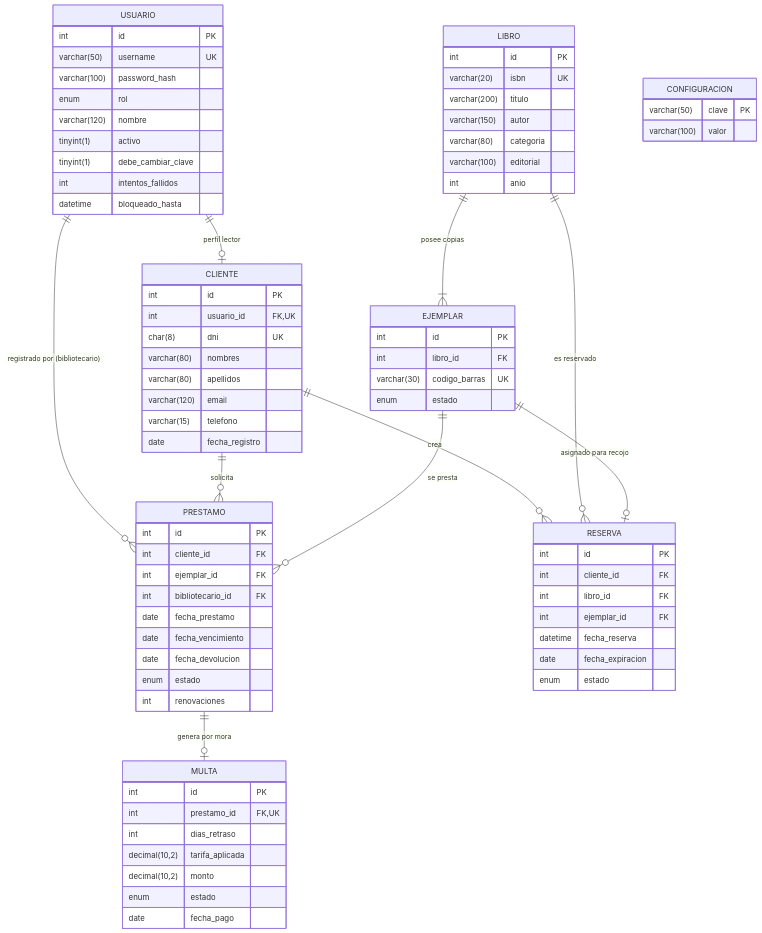
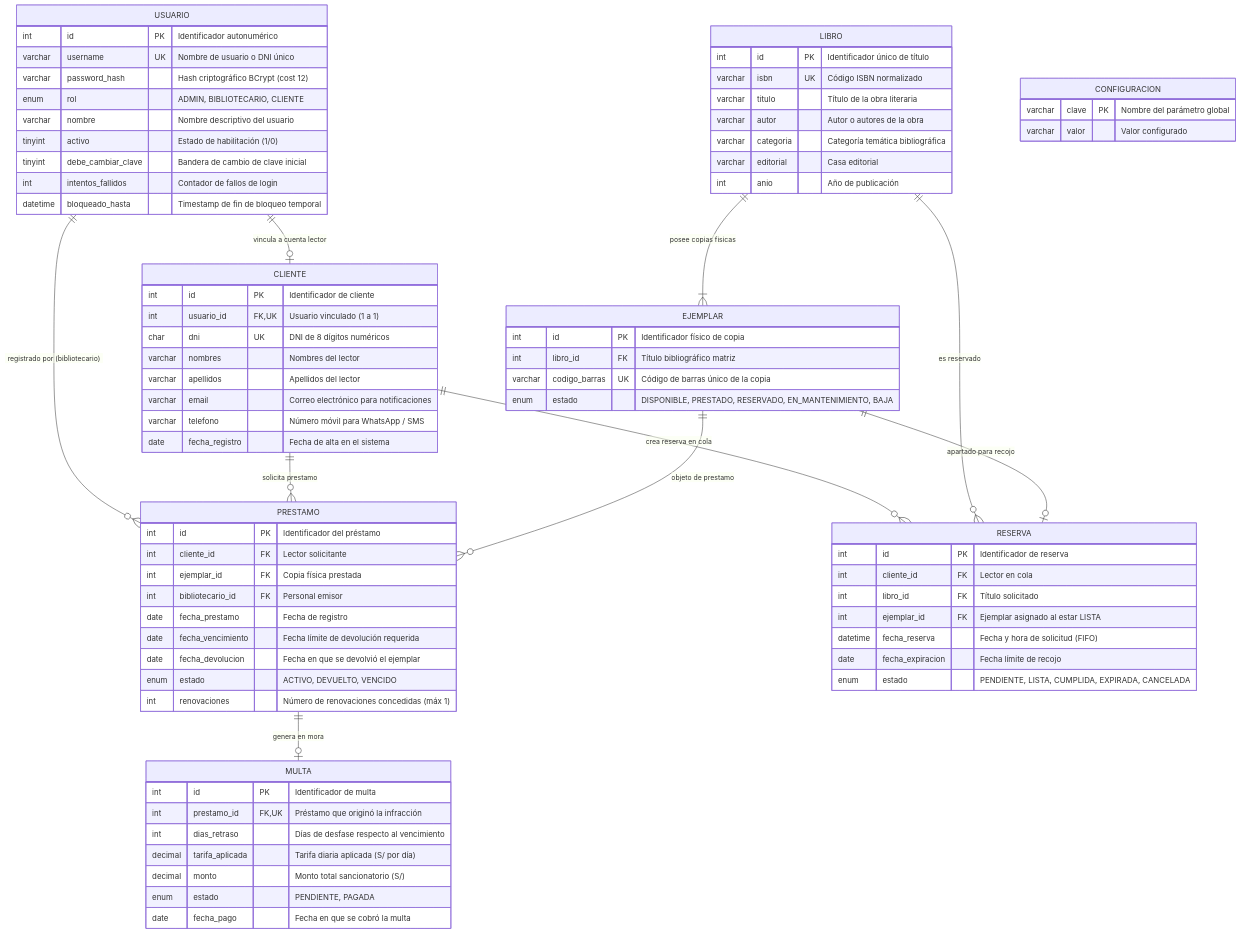
The diagram in docs/modelo-datos.md (aldair242/sistema-biblioteca), drawn with Mermaid before and after one commit. The commit also changed other lines of this file and 11 other files, not shown here.

Commit message:
docs: documentacion tecnica integral con Javadoc en espanol, diagramas Mermaid y manual de usuario

````diff
--- a/docs/modelo-datos.md
+++ b/docs/modelo-datos.md
@@ -9,89 +9,89 @@
 ```mermaid
 erDiagram
-    USUARIO ||--o| CLIENTE : "perfil lector"
+    USUARIO ||--o| CLIENTE : "vincula a cuenta lector"
     USUARIO ||--o{ PRESTAMO : "registrado por (bibliotecario)"
-    CLIENTE ||--o{ PRESTAMO : "solicita"
-    CLIENTE ||--o{ RESERVA : "crea"
-    LIBRO ||--|{ EJEMPLAR : "posee copias"
+    CLIENTE ||--o{ PRESTAMO : "solicita prestamo"
+    CLIENTE ||--o{ RESERVA : "crea reserva en cola"
+    LIBRO ||--|{ EJEMPLAR : "posee copias fisicas"
     LIBRO ||--o{ RESERVA : "es reservado"
-    EJEMPLAR ||--o{ PRESTAMO : "se presta"
-    EJEMPLAR ||--o| RESERVA : "asignado para recojo"
-    PRESTAMO ||--o| MULTA : "genera por mora"
+    EJEMPLAR ||--o{ PRESTAMO : "objeto de prestamo"
+    EJEMPLAR ||--o| RESERVA : "apartado para recojo"
+    PRESTAMO ||--o| MULTA : "genera en mora"
 
     USUARIO {
-        int id PK
-        varchar(50) username UK
-        varchar(100) password_hash
-        enum rol
-        varchar(120) nombre
-        tinyint(1) activo
-        tinyint(1) debe_cambiar_clave
-        int intentos_fallidos
-        datetime bloqueado_hasta
+        int id PK "Identificador autonumérico"
+        varchar username UK "Nombre de usuario o DNI único"
+        varchar password_hash "Hash criptográfico BCrypt (cost 12)"
+        enum rol "ADMIN, BIBLIOTECARIO, CLIENTE"
+        varchar nombre "Nombre descriptivo del usuario"
+        tinyint activo "Estado de habilitación (1/0)"
+        tinyint debe_cambiar_clave "Bandera de cambio de clave inicial"
+        int intentos_fallidos "Contador de fallos de login"
+        datetime bloqueado_hasta "Timestamp de fin de bloqueo temporal"
     }
 
     CLIENTE {
-        int id PK
-        int usuario_id FK,UK
-        char(8) dni UK
-        varchar(80) nombres
-        varchar(80) apellidos
-        varchar(120) email
-        varchar(15) telefono
-        date fecha_registro
+        int id PK "Identificador de cliente"
+        int usuario_id FK,UK "Usuario vinculado (1 a 1)"
+        char dni UK "DNI de 8 dígitos numéricos"
+        varchar nombres "Nombres del lector"
+        varchar apellidos "Apellidos del lector"
+        varchar email "Correo electrónico para notificaciones"
+        varchar telefono "Número móvil para WhatsApp / SMS"
+        date fecha_registro "Fecha de alta en el sistema"
     }
 
     LIBRO {
-        int id PK
-        varchar(20) isbn UK
-        varchar(200) titulo
-        varchar(150) autor
-        varchar(80) categoria
-        varchar(100) editorial
-        int anio
+        int id PK "Identificador único de título"
+        varchar isbn UK "Código ISBN normalizado"
+        varchar titulo "Título de la obra literaria"
+        varchar autor "Autor o autores de la obra"
+        varchar categoria "Categoría temática bibliográfica"
+        varchar editorial "Casa editorial"
+        int anio "Año de publicación"
     }
 
     EJEMPLAR {
-        int id PK
-        int libro_id FK
-        varchar(30) codigo_barras UK
-        enum estado
+        int id PK "Identificador físico de copia"
+        int libro_id FK "Título bibliográfico matriz"
+        varchar codigo_barras UK "Código de barras único de la copia"
+        enum estado "DISPONIBLE, PRESTADO, RESERVADO, EN_MANTENIMIENTO, BAJA"
     }
 
     PRESTAMO {
-        int id PK
-        int cliente_id FK
-        int ejemplar_id FK
-        int bibliotecario_id FK
-        date fecha_prestamo
-        date fecha_vencimiento
-        date fecha_devolucion
-        enum estado
-        int renovaciones
+        int id PK "Identificador del préstamo"
+        int cliente_id FK "Lector solicitante"
+        int ejemplar_id FK "Copia física prestada"
+        int bibliotecario_id FK "Personal emisor"
+        date fecha_prestamo "Fecha de registro"
+        date fecha_vencimiento "Fecha límite de devolución requerida"
+        date fecha_devolucion "Fecha en que se devolvió el ejemplar"
+        enum estado "ACTIVO, DEVUELTO, VENCIDO"
+        int renovaciones "Número de renovaciones concedidas (máx 1)"
     }
 
     RESERVA {
-        int id PK
-        int cliente_id FK
-        int libro_id FK
-        int ejemplar_id FK
-        datetime fecha_reserva
-        date fecha_expiracion
-        enum estado
+        int id PK "Identificador de reserva"
+        int cliente_id FK "Lector en cola"
+        int libro_id FK "Título solicitado"
+        int ejemplar_id FK "Ejemplar asignado al estar LISTA"
+        datetime fecha_reserva "Fecha y hora de solicitud (FIFO)"
+        date fecha_expiracion "Fecha límite de recojo"
+        enum estado "PENDIENTE, LISTA, CUMPLIDA, EXPIRADA, CANCELADA"
     }
 
     MULTA {
-        int id PK
-        int prestamo_id FK,UK
-        int dias_retraso
-        decimal(10,2) tarifa_aplicada
-        decimal(10,2) monto
-        enum estado
-        date fecha_pago
+        int id PK "Identificador de multa"
+        int prestamo_id FK,UK "Préstamo que originó la infracción"
+        int dias_retraso "Días de desfase respecto al vencimiento"
+        decimal tarifa_aplicada "Tarifa diaria aplicada (S/ por día)"
+        decimal monto "Monto total sancionatorio (S/)"
+        enum estado "PENDIENTE, PAGADA"
+        date fecha_pago "Fecha en que se cobró la multa"
     }
 
     CONFIGURACION {
-        varchar(50) clave PK
-        varchar(100) valor
+        varchar clave PK "Nombre del parámetro global"
+        varchar valor "Valor configurado"
     }
 ```
````
